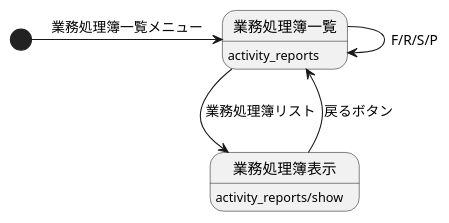
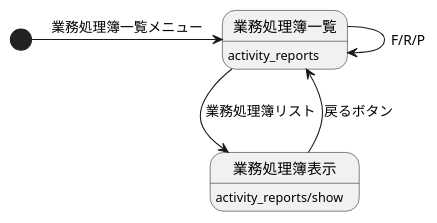
The diagram in docs/activity_reports.pu (cedge1michi/tass_mock-frontend), drawn with PlantUML before and after one commit. The commit also changed 26 other files, not shown here.

```diff
--- a/docs/activity_reports.pu
+++ b/docs/activity_reports.pu
@@ -1,11 +1,11 @@
 @startuml 業務処理簿
 [*] -> 業務処理簿一覧: 業務処理簿一覧メニュー
 
 業務処理簿一覧 --> 業務処理簿表示: 業務処理簿リスト
 業務処理簿表示 --> 業務処理簿一覧: 戻るボタン
 
-業務処理簿一覧 --> 業務処理簿一覧: F/R/S/P
+業務処理簿一覧 --> 業務処理簿一覧: F/R/P
 
 業務処理簿一覧: activity_reports
 業務処理簿表示: activity_reports/show
 @enduml
```
